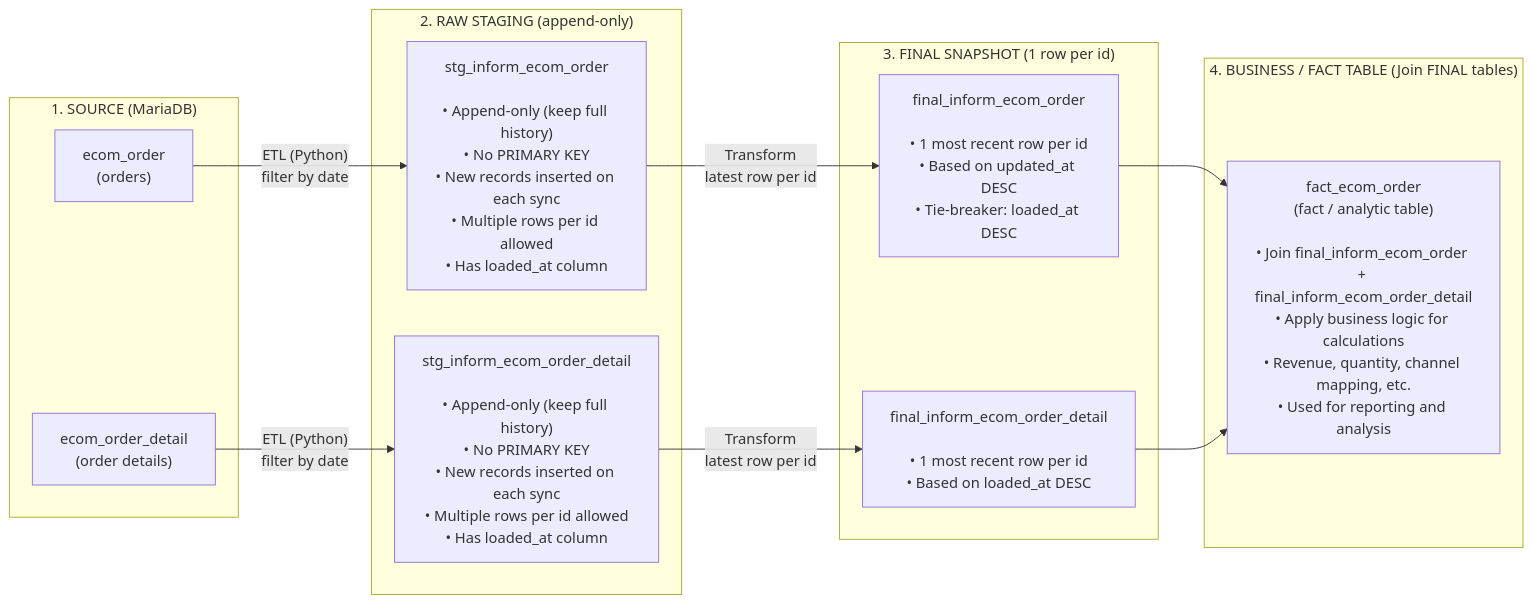
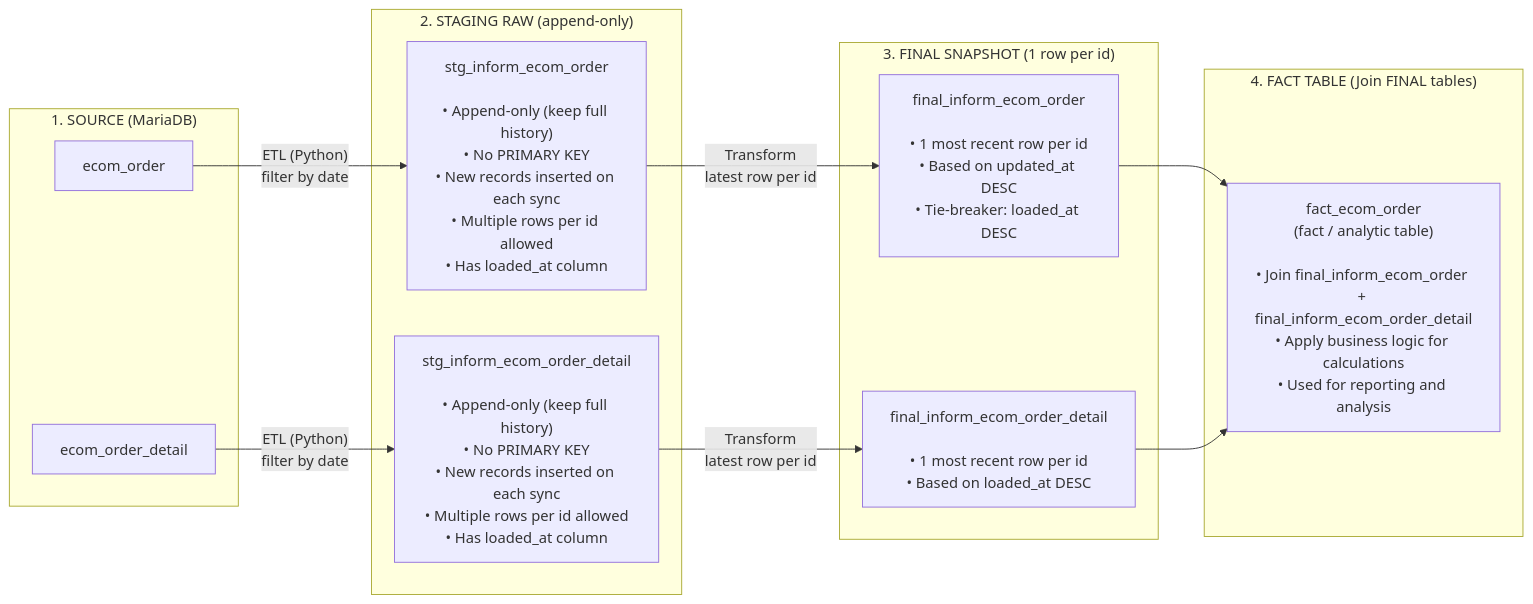
One commit to thientruc1899/CodeDW changed the diagram in flow/ecom_order_etl_flow.md. Above: the diagram before and after it, drawn with Mermaid. The commit also changed other lines of this file, not shown here.

````diff
--- a/flow/ecom_order_etl_flow.md
+++ b/flow/ecom_order_etl_flow.md
@@ -3,28 +3,28 @@
 ``` mermaid
 flowchart LR
     subgraph S["1. SOURCE (MariaDB)"]
-        O["ecom_order<br/>(orders)"]
-        D["ecom_order_detail<br/>(order details)"]
+        O["ecom_order"]
+        D["ecom_order_detail"]
     end
 
-    subgraph R["2. RAW STAGING (append-only)"]
+    subgraph R["2. STAGING RAW (append-only)"]
         RO["stg_inform_ecom_order<br/><br/>• Append-only (keep full history)<br/>• No PRIMARY KEY<br/>• New records inserted on each sync<br/>• Multiple rows per id allowed<br/>• Has loaded_at column"]
         RD["stg_inform_ecom_order_detail<br/><br/>• Append-only (keep full history)<br/>• No PRIMARY KEY<br/>• New records inserted on each sync<br/>• Multiple rows per id allowed<br/>• Has loaded_at column"]
     end
 
     subgraph F["3. FINAL SNAPSHOT (1 row per id)"]
         FO["final_inform_ecom_order<br/><br/>• 1 most recent row per id<br/>• Based on updated_at DESC<br/>• Tie-breaker: loaded_at DESC"]
         FD["final_inform_ecom_order_detail<br/><br/>• 1 most recent row per id<br/>• Based on loaded_at DESC"]
     end
 
-    subgraph B["4. BUSINESS / FACT TABLE (Join FINAL tables)"]
-        BF["fact_ecom_order<br/>(fact / analytic table)<br/><br/>• Join final_inform_ecom_order + final_inform_ecom_order_detail<br/>• Apply business logic for calculations<br/>• Revenue, quantity, channel mapping, etc.<br/>• Used for reporting and analysis"]
+    subgraph B["4. FACT TABLE (Join FINAL tables)"]
+        BF["fact_ecom_order<br/>(fact / analytic table)<br/><br/>• Join final_inform_ecom_order + final_inform_ecom_order_detail<br/>• Apply business logic for calculations<br/>• Used for reporting and analysis"]
     end
 
     O -->|"ETL (Python)<br/>filter by date"| RO
     D -->|"ETL (Python)<br/>filter by date"| RD
     RO -->|"Transform<br/>latest row per id"| FO
     RD -->|"Transform<br/>latest row per id"| FD
     FO --> BF
     FD --> BF
 ```
````
